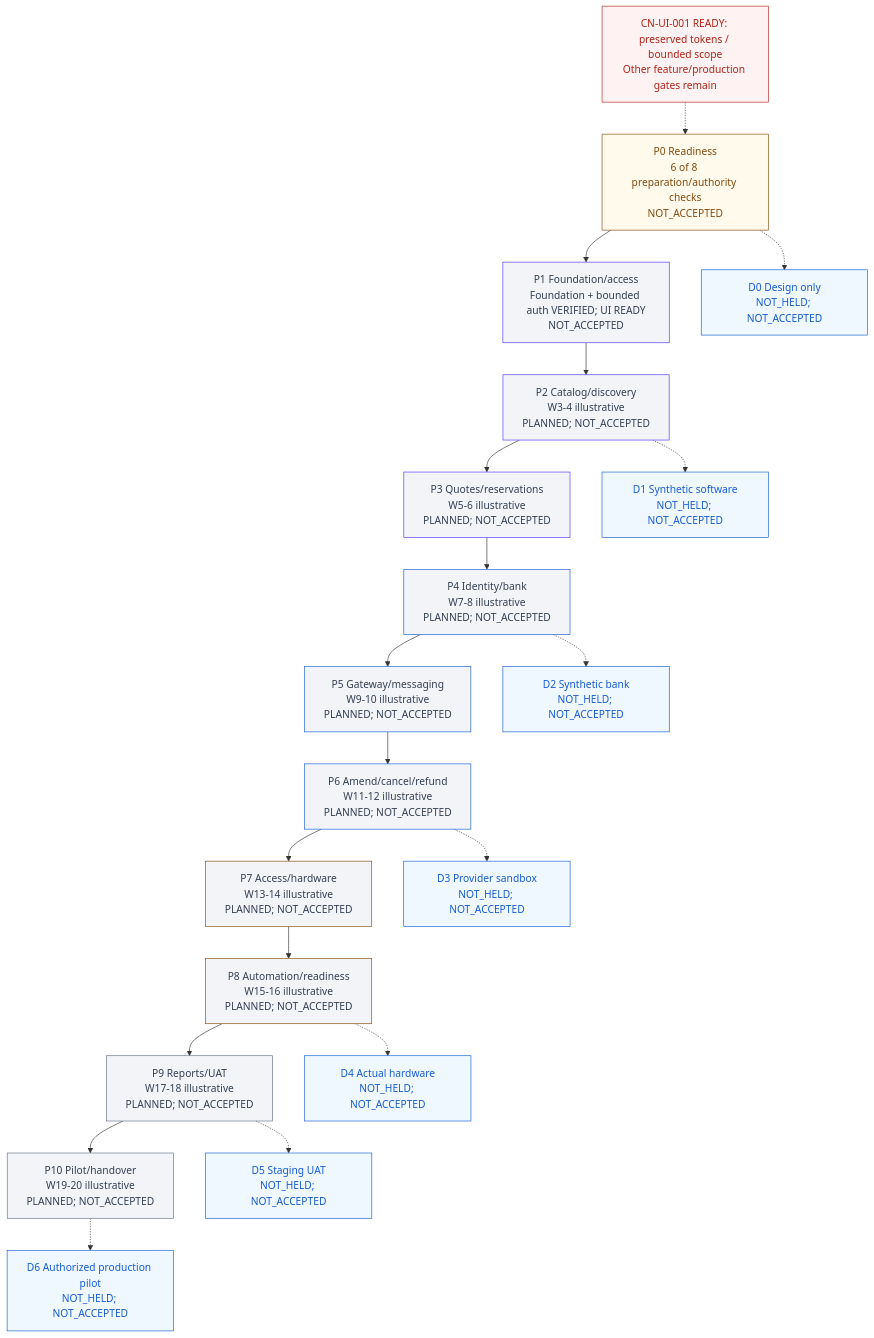
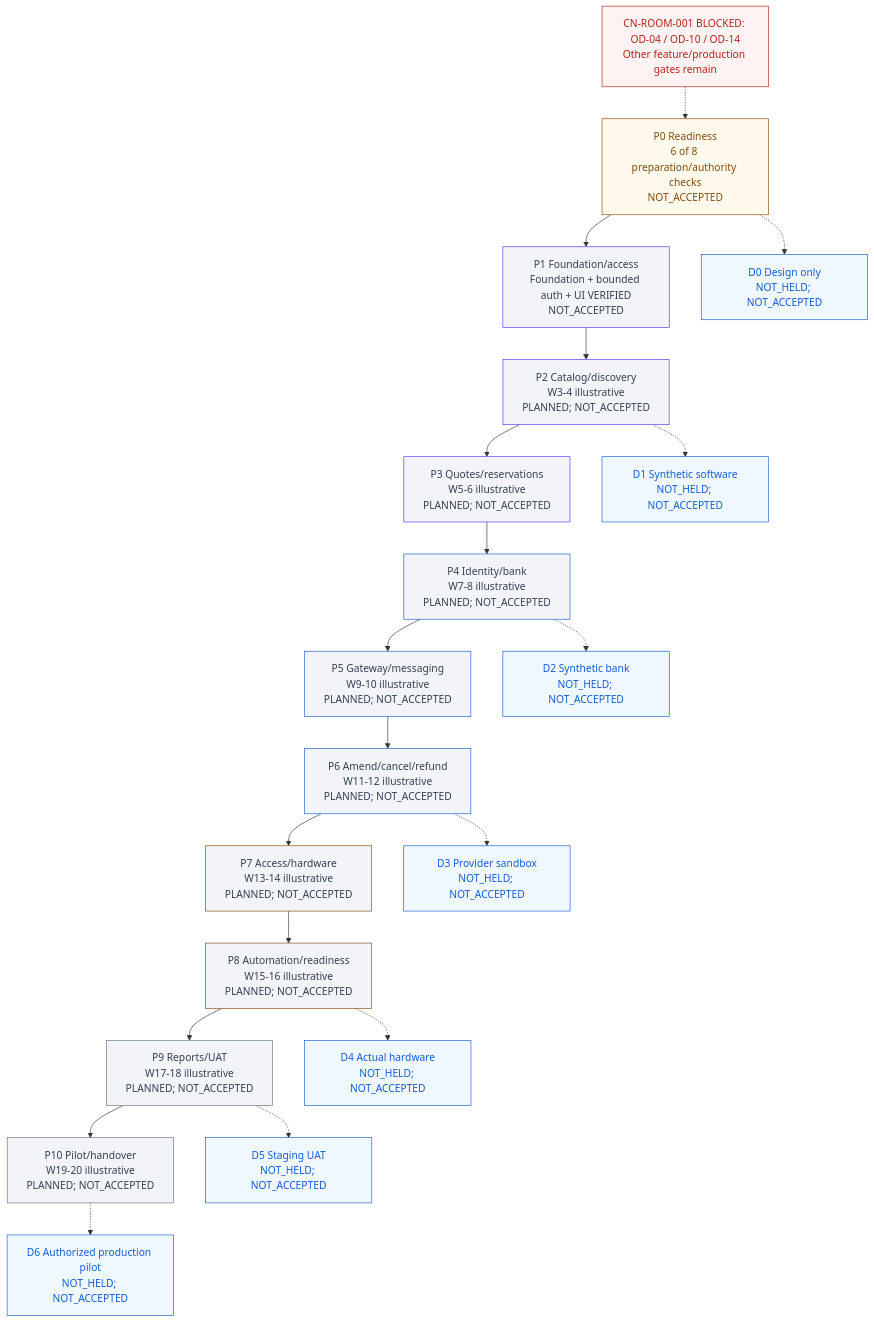
One commit to Hasitha3513/Theater-Project changed the diagram in knowledge/PROGRESS.md. Above: the diagram before and after it, drawn with Mermaid. The commit also changed other lines of this file and 32 other files, not shown here.

````diff
--- a/knowledge/PROGRESS.md
+++ b/knowledge/PROGRESS.md
@@ -251,45 +266,45 @@
 ```mermaid
 flowchart TB
-  G["CN-UI-001 READY: preserved tokens / bounded scope<br/>Other feature/production gates remain"]
+  G["CN-ROOM-001 BLOCKED: OD-04 / OD-10 / OD-14<br/>Other feature/production gates remain"]
   P0["P0 Readiness<br/>6 of 8 preparation/authority checks<br/>NOT_ACCEPTED"]
-  P1["P1 Foundation/access<br/>Foundation + bounded auth VERIFIED; UI READY<br/>NOT_ACCEPTED"]
+  P1["P1 Foundation/access<br/>Foundation + bounded auth + UI VERIFIED<br/>NOT_ACCEPTED"]
   P2["P2 Catalog/discovery<br/>W3-4 illustrative<br/>PLANNED; NOT_ACCEPTED"]
   P3["P3 Quotes/reservations<br/>W5-6 illustrative<br/>PLANNED; NOT_ACCEPTED"]
   P4["P4 Identity/bank<br/>W7-8 illustrative<br/>PLANNED; NOT_ACCEPTED"]
   P5["P5 Gateway/messaging<br/>W9-10 illustrative<br/>PLANNED; NOT_ACCEPTED"]
   P6["P6 Amend/cancel/refund<br/>W11-12 illustrative<br/>PLANNED; NOT_ACCEPTED"]
   P7["P7 Access/hardware<br/>W13-14 illustrative<br/>PLANNED; NOT_ACCEPTED"]
   P8["P8 Automation/readiness<br/>W15-16 illustrative<br/>PLANNED; NOT_ACCEPTED"]
   P9["P9 Reports/UAT<br/>W17-18 illustrative<br/>PLANNED; NOT_ACCEPTED"]
   P10["P10 Pilot/handover<br/>W19-20 illustrative<br/>PLANNED; NOT_ACCEPTED"]
   G -.-> P0
   P0 --> P1 --> P2 --> P3 --> P4 --> P5 --> P6 --> P7 --> P8 --> P9 --> P10
   D0["D0 Design only<br/>NOT_HELD; NOT_ACCEPTED"]
   D1["D1 Synthetic software<br/>NOT_HELD; NOT_ACCEPTED"]
   D2["D2 Synthetic bank<br/>NOT_HELD; NOT_ACCEPTED"]
   D3["D3 Provider sandbox<br/>NOT_HELD; NOT_ACCEPTED"]
   D4["D4 Actual hardware<br/>NOT_HELD; NOT_ACCEPTED"]
   D5["D5 Staging UAT<br/>NOT_HELD; NOT_ACCEPTED"]
   D6["D6 Authorized production pilot<br/>NOT_HELD; NOT_ACCEPTED"]
   P0 -.-> D0
   P2 -.-> D1
   P4 -.-> D2
   P6 -.-> D3
   P8 -.-> D4
   P9 -.-> D5
   P10 -.-> D6
   classDef readiness fill:#FFFAEB,color:#854A0E,stroke:#854A0E;
   classDef foundation fill:#F2F4F7,color:#344054,stroke:#5135FF;
   classDef financial fill:#F2F4F7,color:#344054,stroke:#175CD3;
   classDef physical fill:#F2F4F7,color:#344054,stroke:#854A0E;
   classDef release fill:#F2F4F7,color:#344054,stroke:#667085;
   classDef blocked fill:#FEF3F2,color:#B42318,stroke:#B42318;
   classDef demo fill:#EFF8FF,color:#175CD3,stroke:#175CD3;
   class P0 readiness;
   class P1,P2,P3 foundation;
   class P4,P5,P6 financial;
   class P7,P8 physical;
   class P9,P10 release;
   class G blocked;
   class D0,D1,D2,D3,D4,D5,D6 demo;
 ```
````
